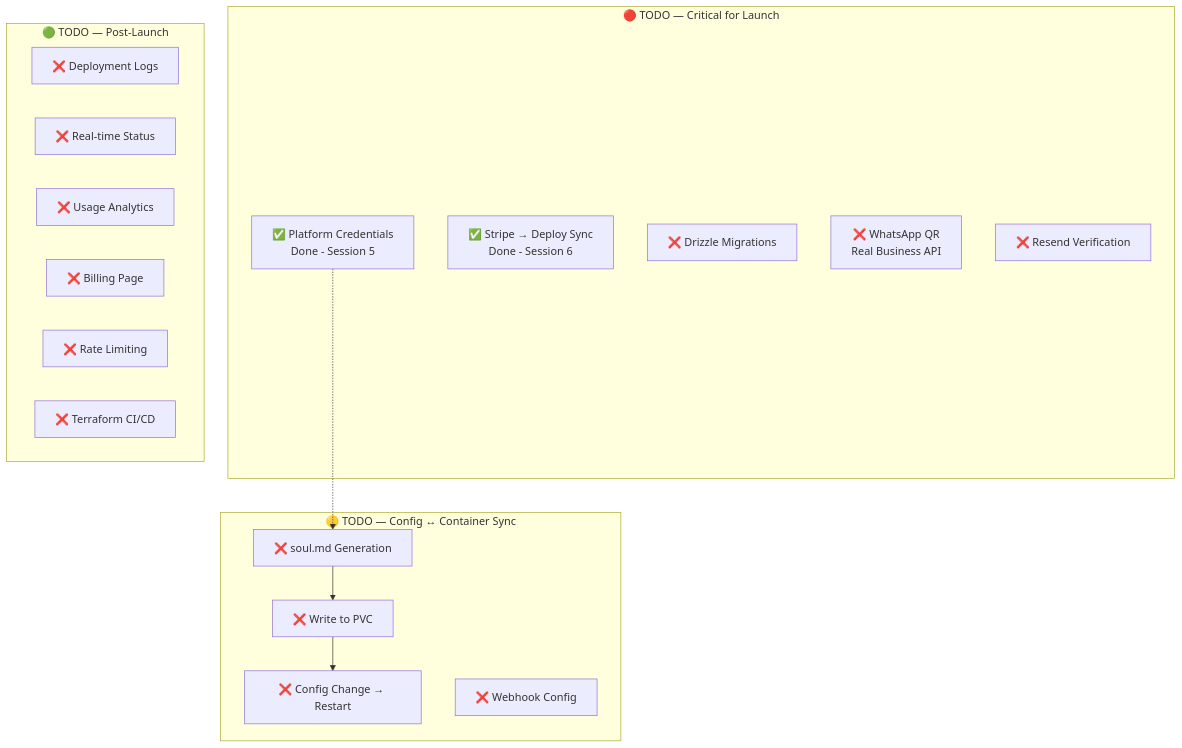
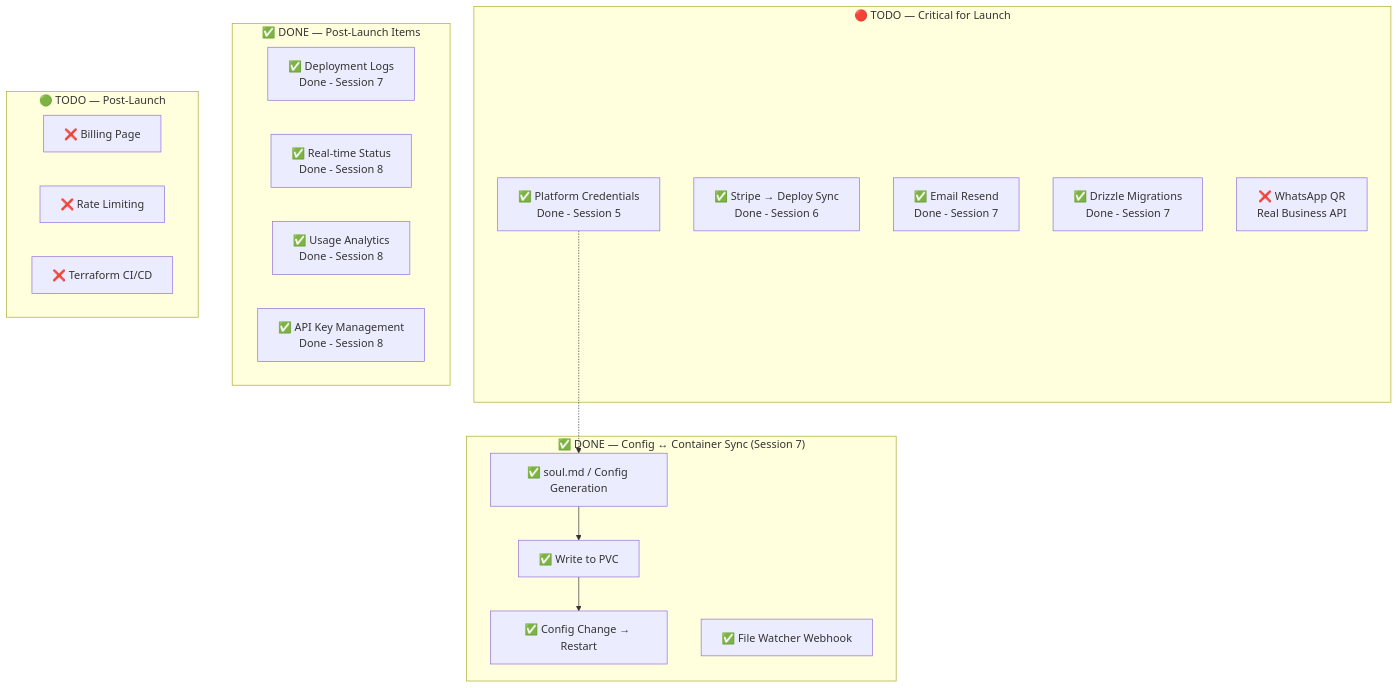
Before and after one commit to Bretthb/jarble: diagram 13 of 15 in OVERVIEW.md, drawn with Mermaid. The commit also changed other lines of this file and 1 other file, not shown here.

First line of the commit message:
Fix auth race condition on login redirect and update OVERVIEW.md to Session 8

````diff
--- a/OVERVIEW.md
+++ b/OVERVIEW.md
@@ -857,29 +890,33 @@
 ```mermaid
 flowchart TB
     subgraph TODO_CRITICAL["🔴 TODO — Critical for Launch"]
         PLATCREDS["✅ Platform Credentials\nDone - Session 5"]
         STRIPESYNC["✅ Stripe → Deploy Sync\nDone - Session 6"]
-        MIGRATIONS["❌ Drizzle Migrations"]
+        EMAILRESEND_DONE["✅ Email Resend\nDone - Session 7"]
+        MIGRATIONS_DONE["✅ Drizzle Migrations\nDone - Session 7"]
         WHATSAPP["❌ WhatsApp QR\nReal Business API"]
-        EMAILRESEND["❌ Resend Verification"]
     end
 
-    subgraph TODO_SYNC["🟡 TODO — Config ↔ Container Sync"]
-        SOULMD["❌ soul.md Generation"]
-        PVCWRITE["❌ Write to PVC"]
-        CONFIGSYNC["❌ Config Change → Restart"]
-        WEBHOOKURL["❌ Webhook Config"]
+    subgraph DONE_SYNC["✅ DONE — Config ↔ Container Sync (Session 7)"]
+        SOULMD["✅ soul.md / Config Generation"]
+        PVCWRITE["✅ Write to PVC"]
+        CONFIGSYNC["✅ Config Change → Restart"]
+        WEBHOOKURL["✅ File Watcher Webhook"]
+    end
+
+    subgraph DONE_POST["✅ DONE — Post-Launch Items"]
+        LOGS_DONE["✅ Deployment Logs\nDone - Session 7"]
+        REALTIME_DONE["✅ Real-time Status\nDone - Session 8"]
+        ANALYTICS_DONE["✅ Usage Analytics\nDone - Session 8"]
+        KEYMGMT_DONE["✅ API Key Management\nDone - Session 8"]
     end
 
     subgraph TODO_POST["🟢 TODO — Post-Launch"]
-        LOGS["❌ Deployment Logs"]
-        REALTIME["❌ Real-time Status"]
-        ANALYTICS["❌ Usage Analytics"]
         BILLING["❌ Billing Page"]
         RATELIMIT["❌ Rate Limiting"]
         TFCICD["❌ Terraform CI/CD"]
     end
 
     SOULMD --> PVCWRITE --> CONFIGSYNC
     PLATCREDS -.-> SOULMD
 ```
````
